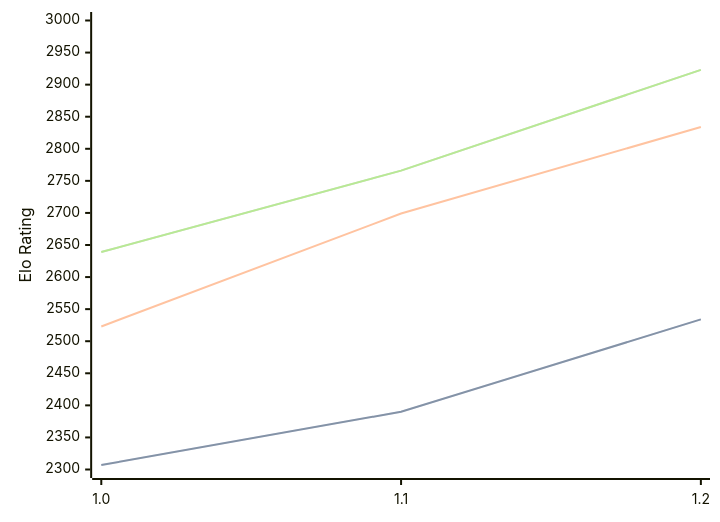
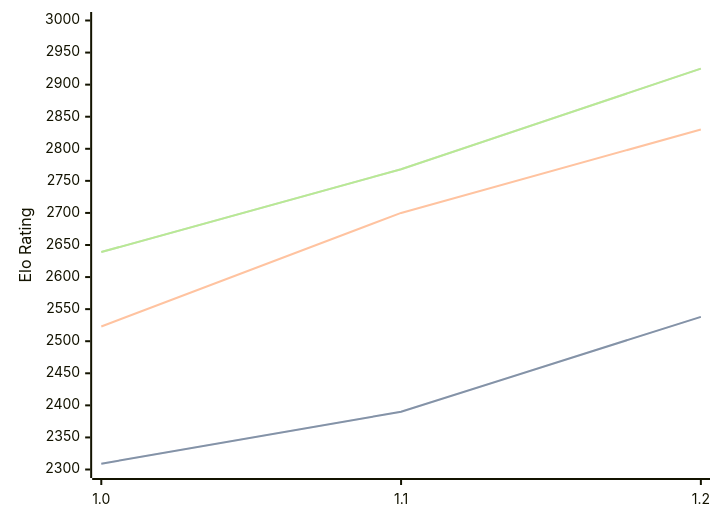
Before and after one commit to computer-chess-index/cci: the first of 3 diagrams in engines/FoxChess.md, drawn with Mermaid. The commit also changed other lines of this file, not shown here.

Commit message:
Update CCI Ratings (ELO VLTC) - 2026-07-02

````diff
--- a/engines/FoxChess.md
+++ b/engines/FoxChess.md
@@ -33,11 +33,11 @@
 ```mermaid
 %%{init: {"theme":"base","themeVariables":{"seriesColors:['#a3a3a3','#222221','#faa371']}}}%%
 xychart-beta
   x-axis ["1.0", "1.1", "1.2"]
   y-axis "Elo Rating" 2300 --> 3000
-  line "STC (8.0+0.08s)" [2307, 2390, 2534]
-  line "STC (8.0+0.08s)" [2307, 2390, 2534]
-  line "LTC (60.0+0.60s)" [2523, 2699, 2834]
-  line "VLTC (2m24s+1.12s)" [2639, 2766, 2923]
-  line "VLTC (2m24s+1.12s)" [2639, 2766, 2923]
+  line "STC (8.0+0.08s)" [2309, 2390, 2538]
+  line "STC (8.0+0.08s)" [2309, 2390, 2538]
+  line "LTC (60.0+0.60s)" [2523, 2700, 2830]
+  line "VLTC (2m24s+1.12s)" [2639, 2768, 2925]
+  line "VLTC (2m24s+1.12s)" [2639, 2768, 2925]
 ```
````
